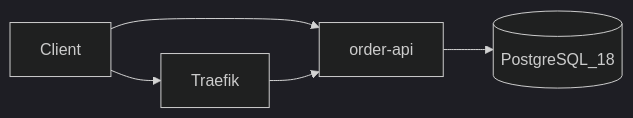
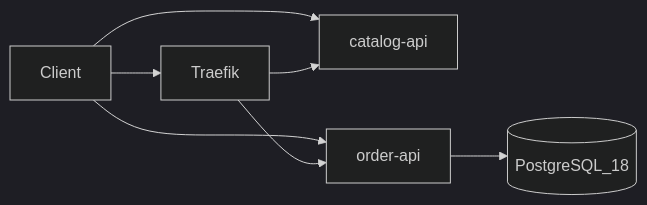
Before and after one commit to ianckc/streamshop-distributed-system: the first of 2 diagrams in docs/docs/architecture/overview.mdx, drawn with Mermaid (dark theme). The commit also changed other lines of this file and 24 other files, not shown here.

Commit message:
Create `catalog-api` service with a `/health` endpoint

````diff
--- a/docs/docs/architecture/overview.mdx
+++ b/docs/docs/architecture/overview.mdx
@@ -11,7 +11,9 @@
 ```mermaid
 flowchart LR
   Client[Client] --> Traefik[Traefik]
+  Client --> CatalogAPI[catalog-api]
   Client --> OrderAPI[order-api]
+  Traefik --> CatalogAPI
   Traefik --> OrderAPI
   OrderAPI --> Postgres[(PostgreSQL_18)]
 ```
````
